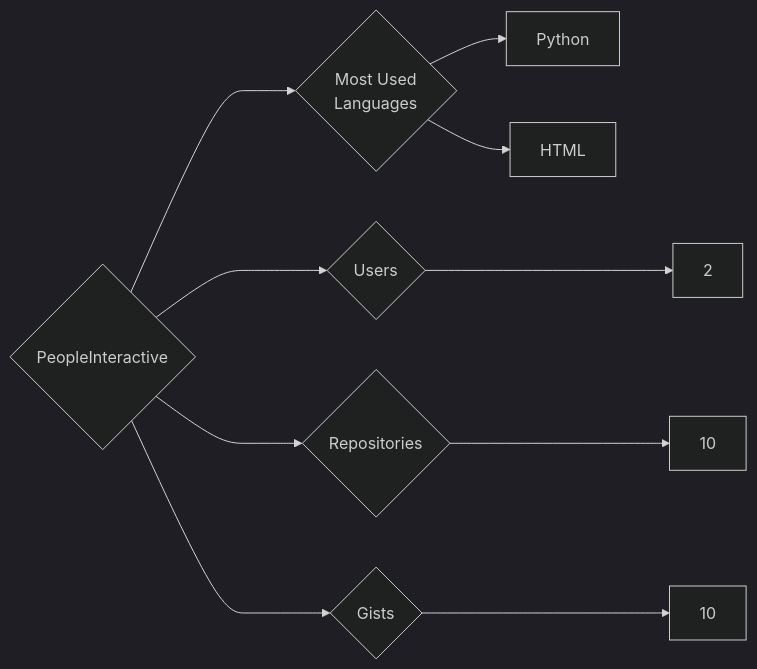
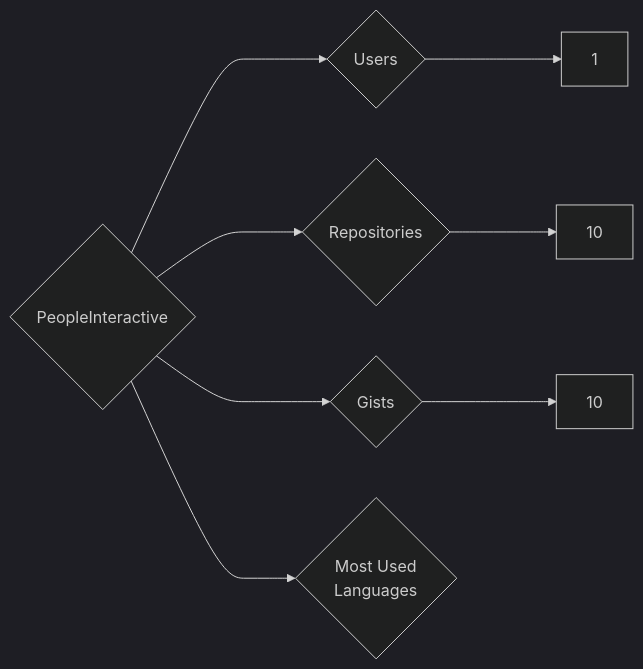
One commit to trickest/insiders changed the diagram in targets/PeopleInteractive/README.md. Above: the diagram before and after it, drawn with Mermaid (dark theme). The commit also changed 877 other files, not shown here.

````diff
--- a/targets/PeopleInteractive/README.md
+++ b/targets/PeopleInteractive/README.md
@@ -3,10 +3,8 @@
 ```mermaid
 graph LR
 COMPANY_NAME{PeopleInteractive}
-COMPANY_NAME ---> U{Users} ---> UN[2]
+COMPANY_NAME ---> U{Users} ---> UN[1]
 COMPANY_NAME ---> R{Repositories} ---> RN[10]
 COMPANY_NAME ---> G{Gists} ---> GN[10]
 COMPANY_NAME ---> ML{Most Used<br>Languages}
-ML --> Python[Python]
-ML --> HTML[HTML]
 ```
````
